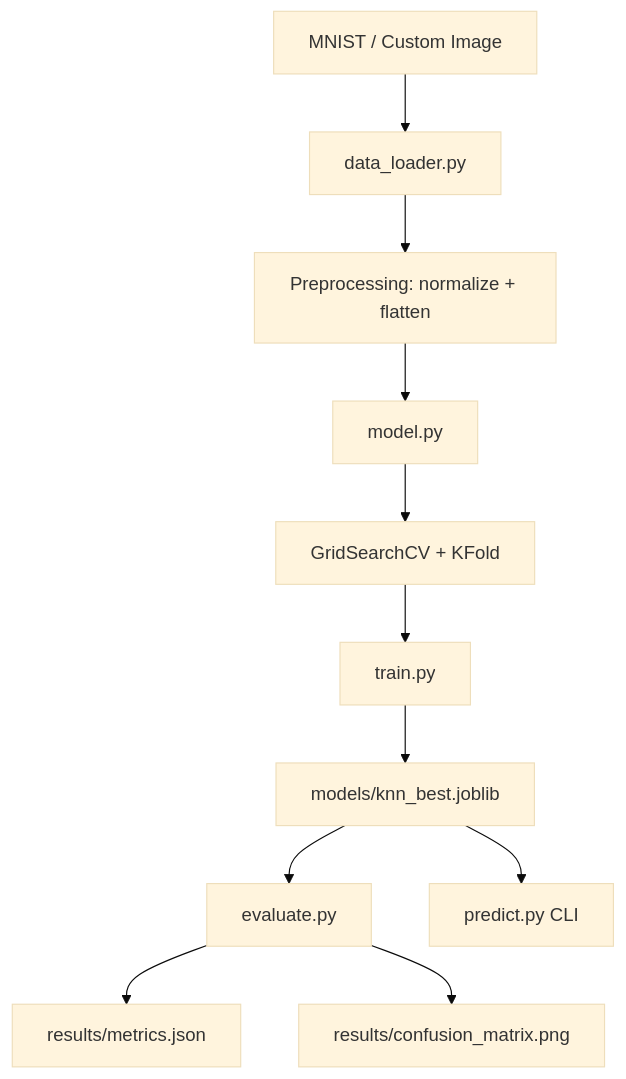
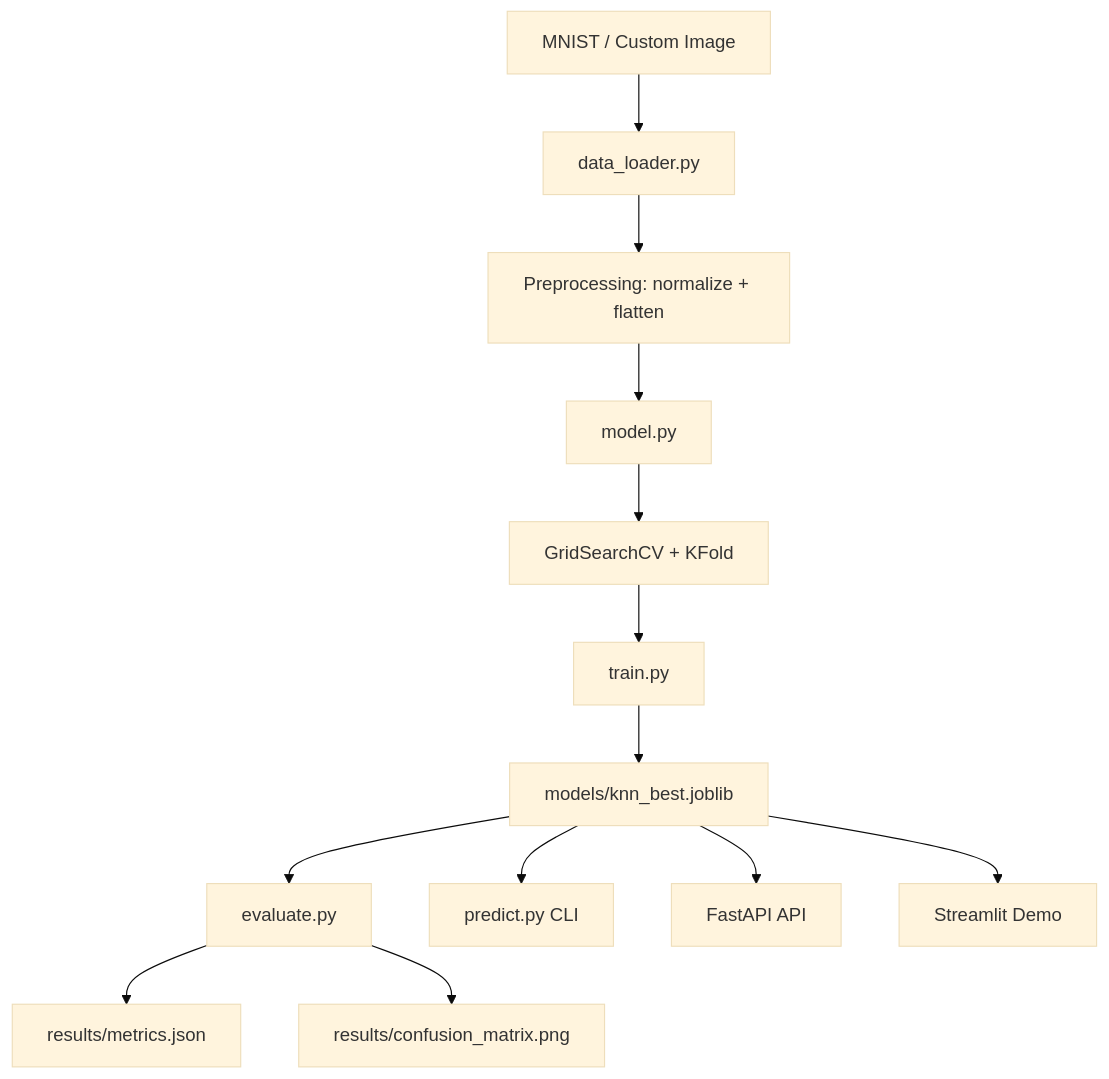
The diagram in README.md (nishant2-1/HANDWRITTENDIGITRECO), drawn with Mermaid (base theme) before and after one commit. The commit also changed other lines of this file and 3 other files, not shown here.

````diff
--- a/README.md
+++ b/README.md
@@ -45,13 +49,15 @@
 ```mermaid
 flowchart TD
      A[MNIST / Custom Image] --> B[data_loader.py]
      B --> C[Preprocessing: normalize + flatten]
      C --> D[model.py]
      D --> E[GridSearchCV + KFold]
      E --> F[train.py]
      F --> G[models/knn_best.joblib]
      G --> H[evaluate.py]
      H --> I[results/metrics.json]
      H --> J[results/confusion_matrix.png]
      G --> K[predict.py CLI]
+    G --> L[FastAPI API]
+    G --> M[Streamlit Demo]
 ```
````
